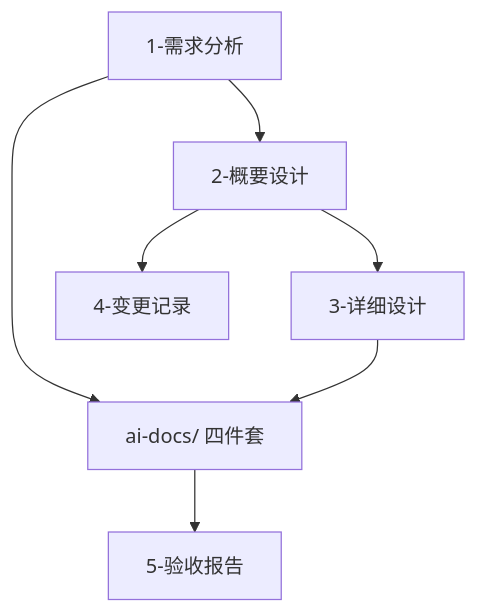
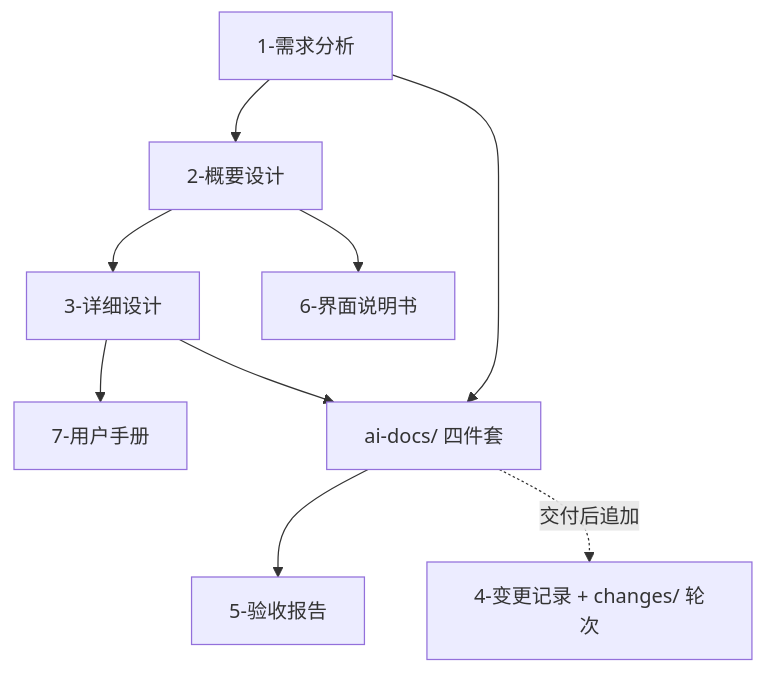
Before and after one commit to ankygithub/anky_ai_skill: the diagram in spec-forge-fullstack/templates/doc-nav.md, drawn with Mermaid. The commit also changed other lines of this file and 9 other files, not shown here.

````diff
--- a/spec-forge-fullstack/templates/doc-nav.md
+++ b/spec-forge-fullstack/templates/doc-nav.md
@@ -40,9 +40,11 @@
 ```mermaid
 flowchart TB
     RA[1-需求分析] --> HLD[2-概要设计]
     HLD --> DLD[3-详细设计]
-    HLD --> CHG[4-变更记录]
+    HLD --> UI[6-界面说明书]
+    DLD --> UM[7-用户手册]
     RA --> AI[ai-docs/ 四件套]
     DLD --> AI
     AI --> AR[5-验收报告]
+    AI -.交付后追加.-> CHG[4-变更记录 + changes/ 轮次]
 ```
````
